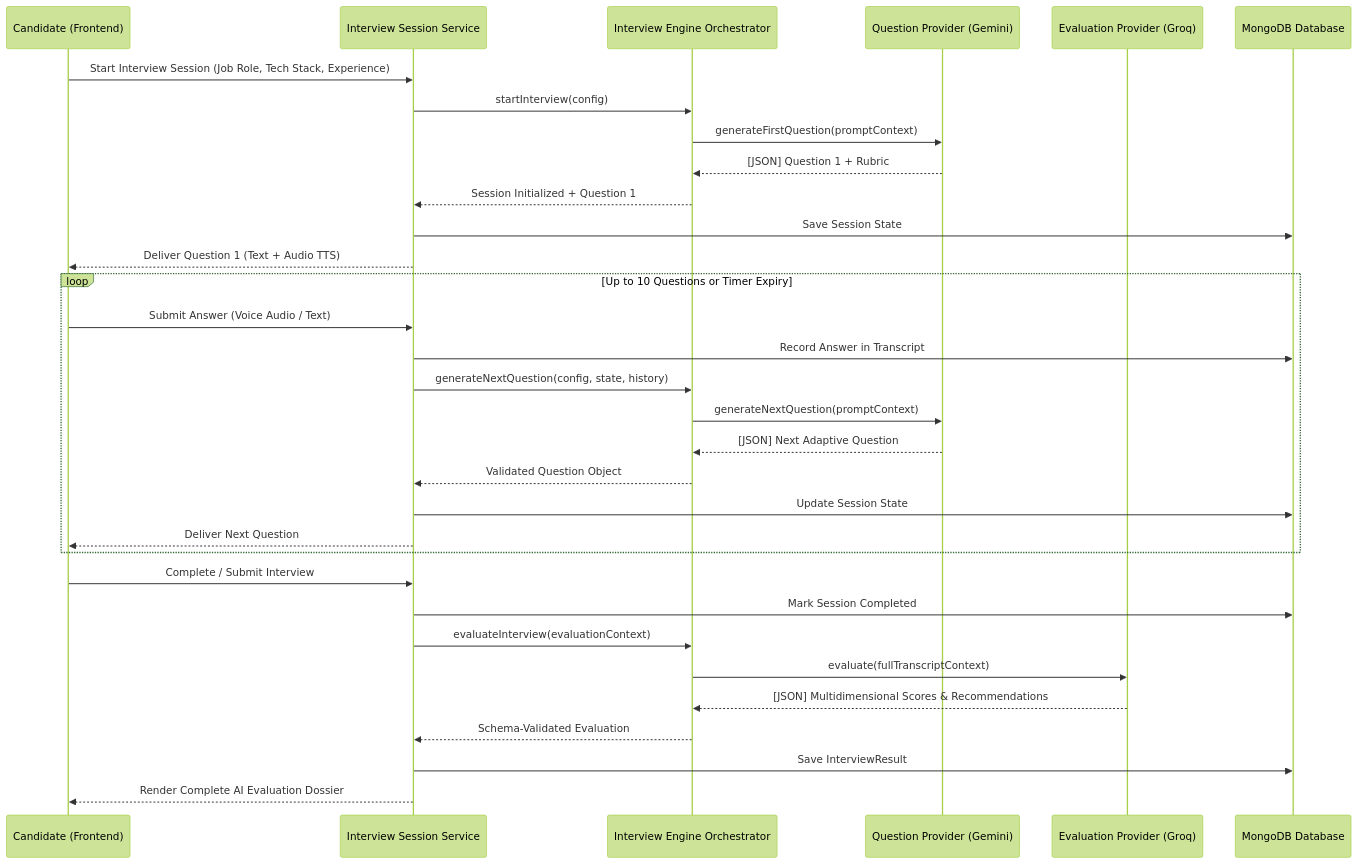
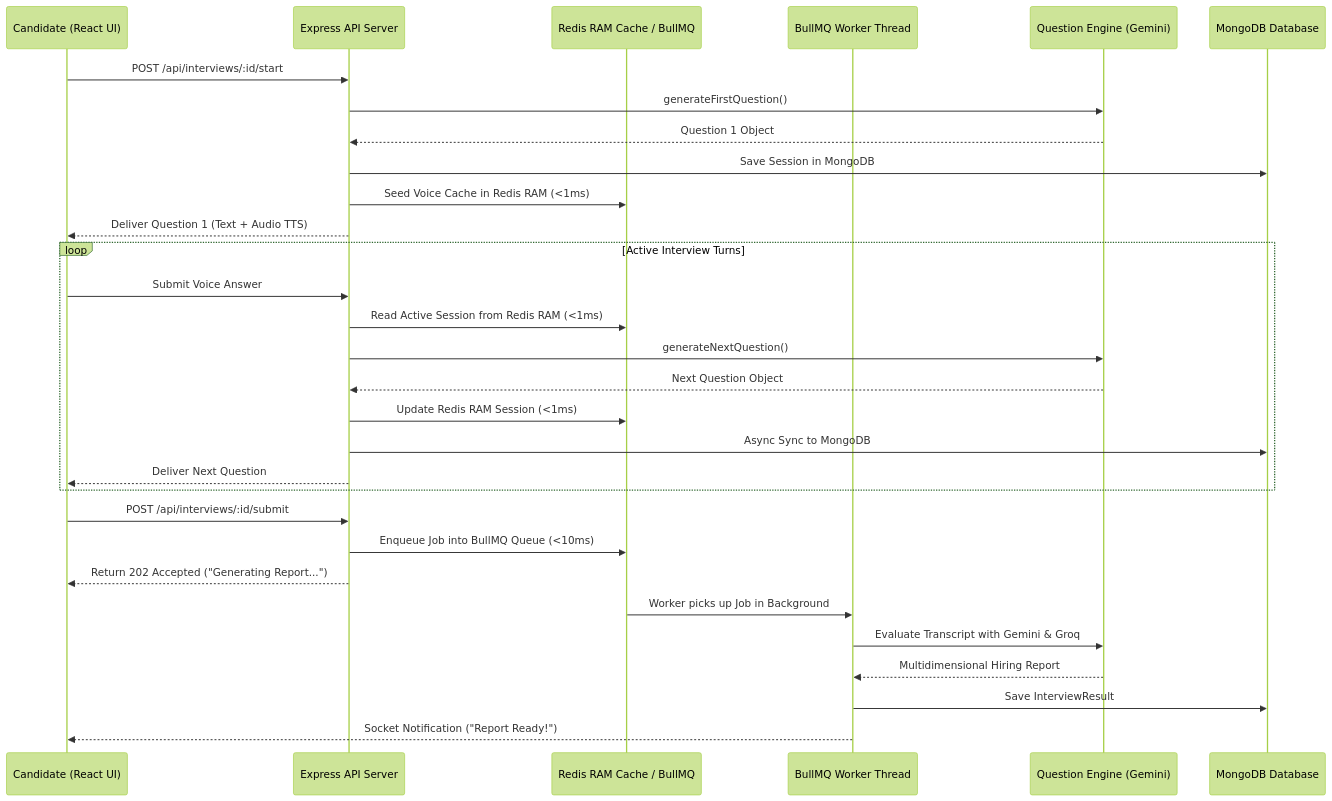
One commit to Amansinghhggg/AI-interviewer changed the diagram in README.md. Above: the diagram before and after it, drawn with Mermaid (forest theme). The commit also changed other lines of this file and 13 other files, not shown here.

````diff
--- a/README.md
+++ b/README.md
@@ -75,40 +104,38 @@
 ```mermaid
 sequenceDiagram
-    participant C as Candidate (Frontend)
-    participant S as Interview Session Service
-    participant E as Interview Engine Orchestrator
-    participant Q as Question Provider (Gemini)
-    participant A as Evaluation Provider (Groq)
+    participant C as Candidate (React UI)
+    participant S as Express API Server
+    participant R as Redis RAM Cache / BullMQ
+    participant W as BullMQ Worker Thread
+    participant Q as Question Engine (Gemini)
     participant DB as MongoDB Database
 
-    %% Initialization
-    C->>S: Start Interview Session (Job Role, Tech Stack, Experience)
-    S->>E: startInterview(config)
-    E->>Q: generateFirstQuestion(promptContext)
-    Q-->>E: [JSON] Question 1 + Rubric
-    E-->>S: Session Initialized + Question 1
-    S->>DB: Save Session State
+    %% Session Start
+    C->>S: POST /api/interviews/:id/start
+    S->>Q: generateFirstQuestion()
+    Q-->>S: Question 1 Object
+    S->>DB: Save Session in MongoDB
+    S->>R: Seed Voice Cache in Redis RAM (<1ms)
     S-->>C: Deliver Question 1 (Text + Audio TTS)
 
-    %% Adaptive Q&A Loop
-    loop Up to 10 Questions or Timer Expiry
-        C->>S: Submit Answer (Voice Audio / Text)
-        S->>DB: Record Answer in Transcript
-        S->>E: generateNextQuestion(config, state, history)
-        E->>Q: generateNextQuestion(promptContext)
-        Q-->>E: [JSON] Next Adaptive Question
-        E-->>S: Validated Question Object
-        S->>DB: Update Session State
+    %% Fast Adaptive Loop
+    loop Active Interview Turns
+        C->>S: Submit Voice Answer
+        S->>R: Read Active Session from Redis RAM (<1ms)
+        S->>Q: generateNextQuestion()
+        Q-->>S: Next Question Object
+        S->>R: Update Redis RAM Session (<1ms)
+        S->>DB: Async Sync to MongoDB
         S-->>C: Deliver Next Question
     end
 
-    %% Final Evaluation
-    C->>S: Complete / Submit Interview
-    S->>DB: Mark Session Completed
-    S->>E: evaluateInterview(evaluationContext)
-    E->>A: evaluate(fullTranscriptContext)
-    A-->>E: [JSON] Multidimensional Scores & Recommendations
-    E-->>S: Schema-Validated Evaluation
-    S->>DB: Save InterviewResult
-    S-->>C: Render Complete AI Evaluation Dossier
+    %% Completion & Background Queue
+    C->>S: POST /api/interviews/:id/submit
+    S->>R: Enqueue Job into BullMQ Queue (<10ms)
+    S-->>C: Return 202 Accepted ("Generating Report...")
+    R->>W: Worker picks up Job in Background
+    W->>Q: Evaluate Transcript with Gemini & Groq
+    Q-->>W: Multidimensional Hiring Report
+    W->>DB: Save InterviewResult
+    W-->>C: Socket Notification ("Report Ready!")
 ```
````
